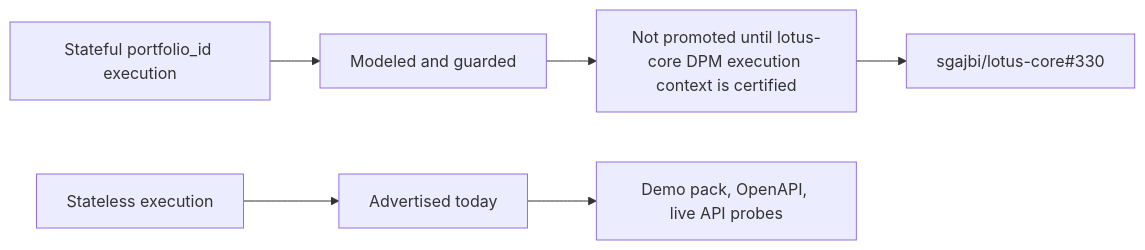
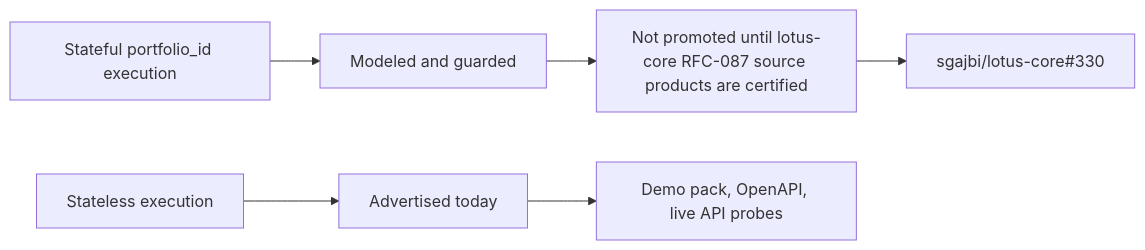
One commit to sgajbi/lotus-manage changed the diagram in wiki/Supported-Features.md. Above: the diagram before and after it, drawn with Mermaid. The commit also changed other lines of this file and 7 other files, not shown here.

````diff
--- a/wiki/Supported-Features.md
+++ b/wiki/Supported-Features.md
@@ -24,8 +24,8 @@
 ```mermaid
 flowchart LR
     Stateless[Stateless execution] --> Supported[Advertised today]
     Stateful[Stateful portfolio_id execution] --> Modeled[Modeled and guarded]
-    Modeled --> Blocked[Not promoted until lotus-core DPM execution context is certified]
+    Modeled --> Blocked[Not promoted until lotus-core RFC-087 source products are certified]
     Supported --> Evidence[Demo pack, OpenAPI, live API probes]
     Blocked --> CoreIssue[sgajbi/lotus-core#330]
 ```
````
